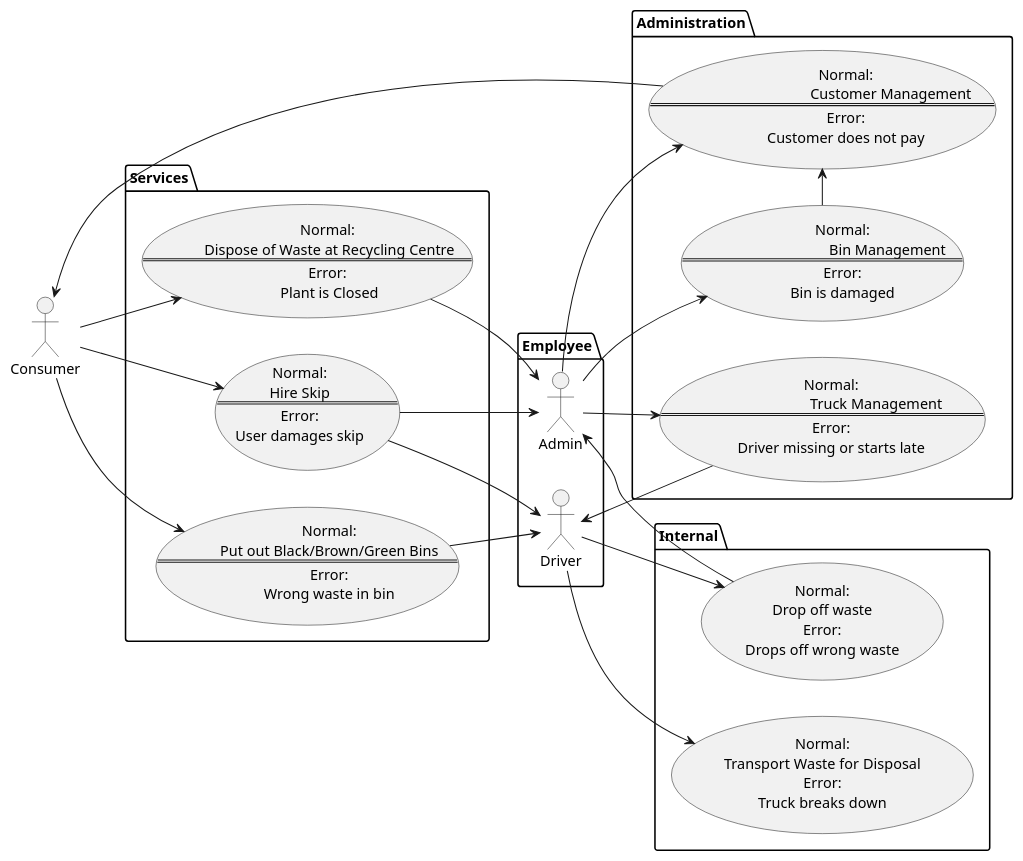
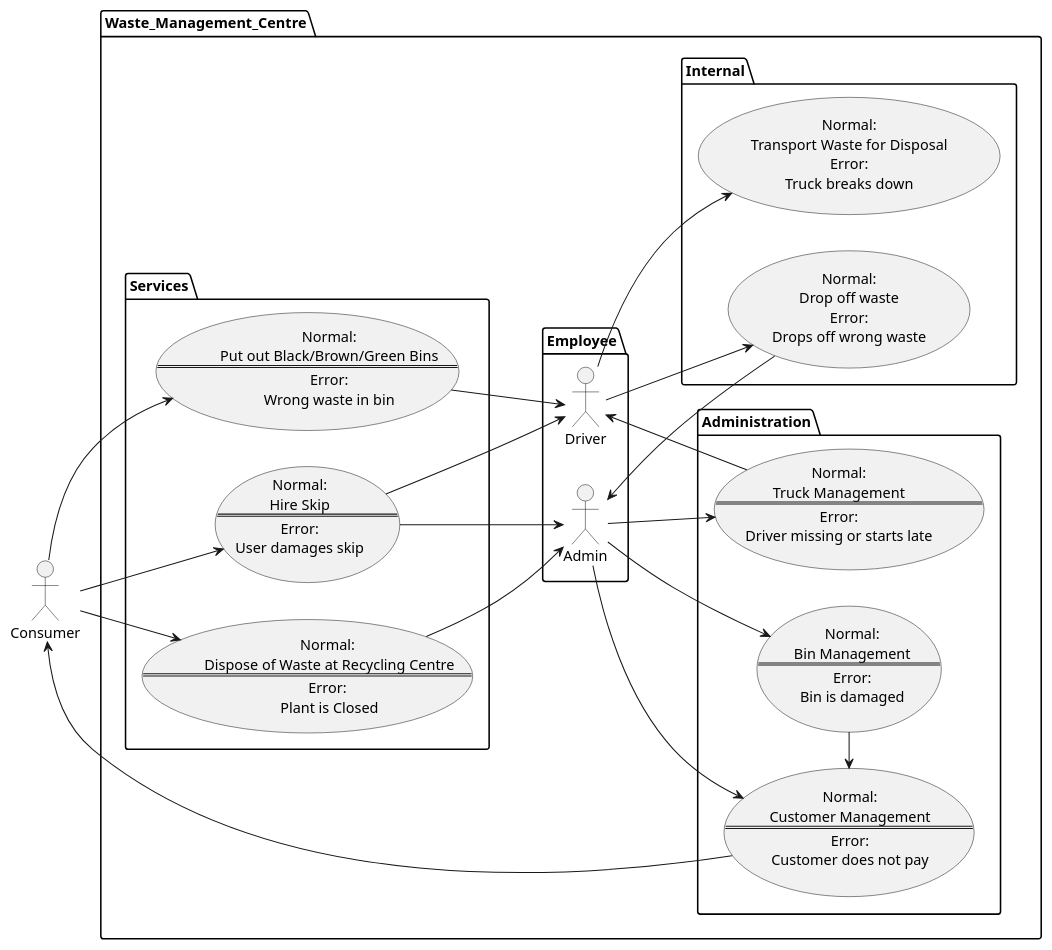
One commit to tedski999/CSU22041-InformationManagement-Group8 changed the diagram in UML.wsd. Above: the diagram before and after it, drawn with PlantUML.

Commit message:
Added encapsulating waste management centre box

```diff
--- a/UML.wsd
+++ b/UML.wsd
@@ -1,96 +1,98 @@
 @startuml Waste Management Company
 
 left to right direction
 actor Consumer as c
 
-package Employee {
-	actor Driver as d
-	actor Admin as a
-}
+package Waste_Management_Centre {
+	package Employee {
+		actor Driver as d
+		actor Admin as a
+	}
 
-package Services {
-	usecase centre as "
-			Normal: 
-			Dispose of Waste at Recycling Centre
-			==
-			Error: 
-			Plant is Closed"
-	
-	usecase bins as "
-			Normal:
-			Put out Black/Brown/Green Bins
-			==
-			Error:
-			Wrong waste in bin"
-	
-	usecase skip as "
-			Normal:
-			Hire Skip
-			==
-			Error:
-			User damages skip"
-}
+	package Services {
+		usecase centre as "
+				Normal: 
+				Dispose of Waste at Recycling Centre
+				==
+				Error: 
+				Plant is Closed"
+		
+		usecase bins as "
+				Normal:
+				Put out Black/Brown/Green Bins
+				==
+				Error:
+				Wrong waste in bin"
+		
+		usecase skip as "
+				Normal:
+				Hire Skip
+				==
+				Error:
+				User damages skip"
+	}
 
-package Internal {
-    usecase transport as "
-            Normal:
-            Transport Waste for Disposal
-            Error:
-            Truck breaks down"
+	package Internal {
+		usecase transport as "
+				Normal:
+				Transport Waste for Disposal
+				Error:
+				Truck breaks down"
 
-    usecase dropoff as "
-            Normal:
-            Drop off waste
-            Error:
-            Drops off wrong waste"
-}
+		usecase dropoff as "
+				Normal:
+				Drop off waste
+				Error:
+				Drops off wrong waste"
+	}
 
-package Administration {
+	package Administration {
 
-    usecase truckmanage as "
-			Normal:
-   			Truck Management
-			==
-			Error:
-    		Driver missing or starts late"
+		usecase truckmanage as "
+				Normal:
+				Truck Management
+				==
+				Error:
+				Driver missing or starts late"
 
-    usecase customermanage as "
-			Normal:
-   			Customer Management
-			==
-			Error:
-    		Customer does not pay"
+		usecase customermanage as "
+				Normal:
+				Customer Management
+				==
+				Error:
+				Customer does not pay"
 
-    usecase binmanage as "
-			Normal:
-   			Bin Management
-			==
-			Error:
-    		Bin is damaged"
+		usecase binmanage as "
+				Normal:
+				Bin Management
+				==
+				Error:
+				Bin is damaged"
+	}
 }
 
 c --> centre
 c --> bins
 c --> skip
 
 bins --> d
 skip --> d
 
 d --> transport
 d --> dropoff
 
 dropoff --> a
 
 a --> truckmanage
 a --> customermanage
 a --> binmanage
 
 customermanage -> c
 truckmanage -> d
 binmanage -> customermanage
 
 centre --> a
 skip --> a
 
 
 @enduml
```
